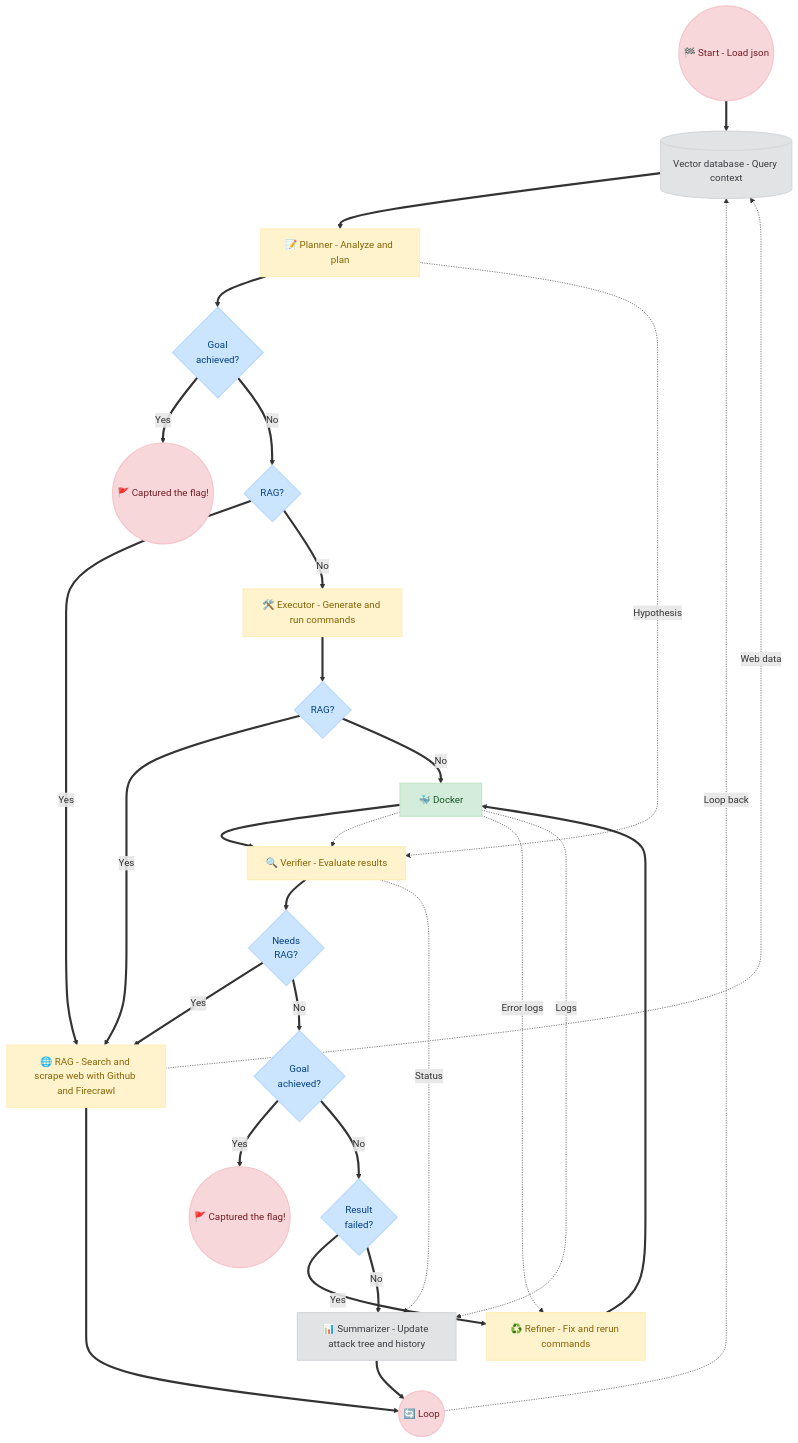
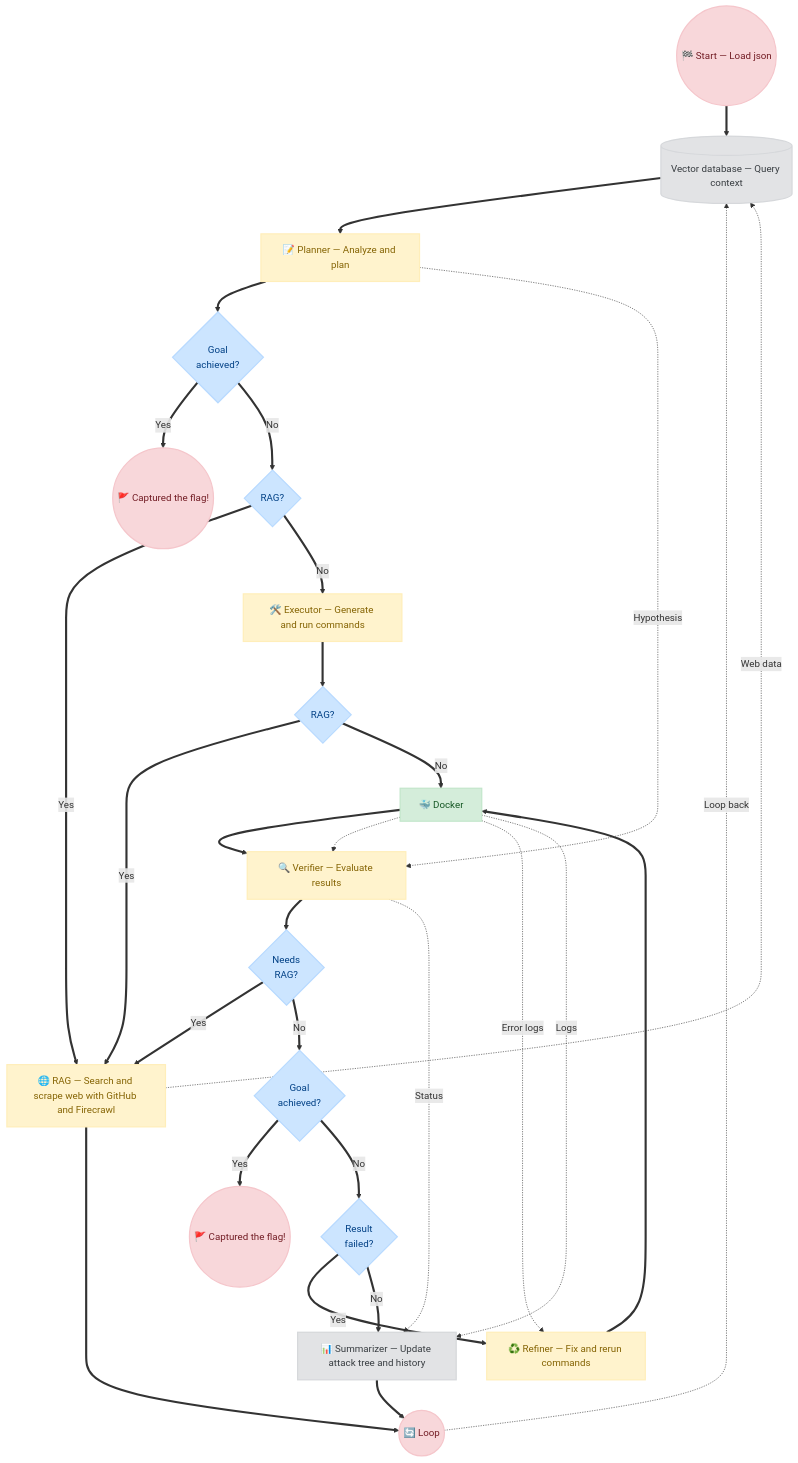
Before and after one commit to Hugnd-UIT/Fuck-CTF: the diagram in README.md, drawn with Mermaid. The commit also changed other lines of this file and 1 other file, not shown here.

````diff
--- a/README.md
+++ b/README.md
@@ -75,80 +82,80 @@
 ```mermaid
 graph TD
     classDef start_end fill:#f8d7da,stroke:#f5c6cb,stroke-width:2px,color:#721c24,shape:circle;
     classDef action fill:#fff3cd,stroke:#ffeeba,stroke-width:2px,color:#856404;
     classDef sandbox fill:#d4edda,stroke:#c3e6cb,stroke-width:2px,color:#155724;
     classDef db fill:#e2e3e5,stroke:#d6d8db,stroke-width:2px,color:#383d41;
     classDef decision fill:#cce5ff,stroke:#b8daff,stroke-width:2px,color:#004085;
-    
-    Start((🏁 Start - Load json)):::start_end
 
-    DB[(Vector database - Query context)]:::db
-    Plan[📝 Planner - Analyze and plan]:::action
-    
+    Start((🏁 Start — Load json)):::start_end
+
+    DB[(Vector database — Query context)]:::db
+    Plan[📝 Planner — Analyze and plan]:::action
+
     CheckGoal{Goal<br/>achieved?}:::decision
     EndGoal((🚩 Captured the flag!)):::start_end
     CheckRAG1{RAG?}:::decision
-    
-    RAG[🌐 RAG - Search and scrape web with Github and Firecrawl]:::action
-    
-    Exec[🛠️ Executor - Generate and run commands]:::action
-    
+
+    RAG[🌐 RAG — Search and scrape web with GitHub and Firecrawl]:::action
+
+    Exec[🛠️ Executor — Generate and run commands]:::action
+
     CheckRAG2{RAG?}:::decision
     Docker[🐳 Docker]:::sandbox
-    
-    Verif[🔍 Verifier - Evaluate results]:::action
-    
+
+    Verif[🔍 Verifier — Evaluate results]:::action
+
     CheckRAG3{Needs<br/>RAG?}:::decision
     CheckFlag{Goal<br/>achieved?}:::decision
-    
+
     EndFlag((🚩 Captured the flag!)):::start_end
     CheckFail{Result<br/>failed?}:::decision
-    
-    Ref[♻️ Refiner - Fix and rerun commands]:::action
-    
-    Sum[📊 Summarizer - Update attack tree and history]:::db
-    
+
+    Ref[♻️ Refiner — Fix and rerun commands]:::action
+
+    Sum[📊 Summarizer — Update attack tree and history]:::db
+
     Next((🔄 Loop)):::start_end
-    
+
     Start ==> DB
     DB ==> Plan
-    
+
     Plan ==> CheckGoal
     CheckGoal == Yes ==> EndGoal
     CheckGoal == No ==> CheckRAG1
-    
+
     CheckRAG1 == Yes ==> RAG
     CheckRAG1 == No ==> Exec
-    
+
     Exec ==> CheckRAG2
     CheckRAG2 == Yes ==> RAG
     CheckRAG2 == No ==> Docker
-    
+
     Docker ==> Verif
-    
+
     Verif ==> CheckRAG3
     CheckRAG3 == Yes ==> RAG
     CheckRAG3 == No ==> CheckFlag
-    
+
     CheckFlag == Yes ==> EndFlag
     CheckFlag == No ==> CheckFail
-    
+
     CheckFail == Yes ==> Ref
     Ref ==> Docker
-    
+
     CheckFail == No ==> Sum
-    
+
     RAG ==> Next
     Sum ==> Next
     Next -.->|Loop back| DB
 
     Plan -.->|Hypothesis| Verif
     Docker -.-> Verif
-    
+
     Docker -.->|Error logs| Ref
-    
+
     Verif -.->|Status| Sum
     Docker -.->|Logs| Sum
-    
+
     RAG -.->|Web data| DB
 ```
````
